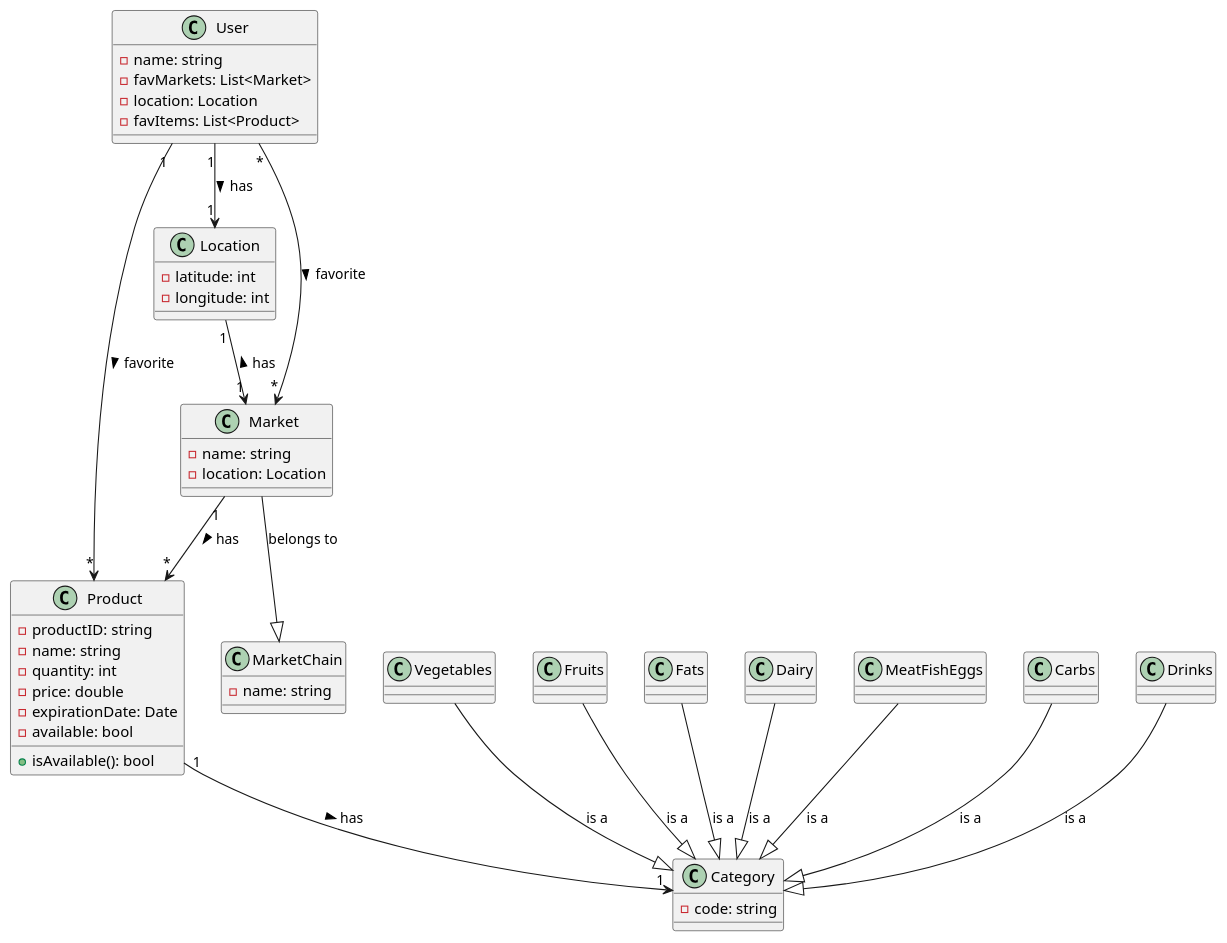
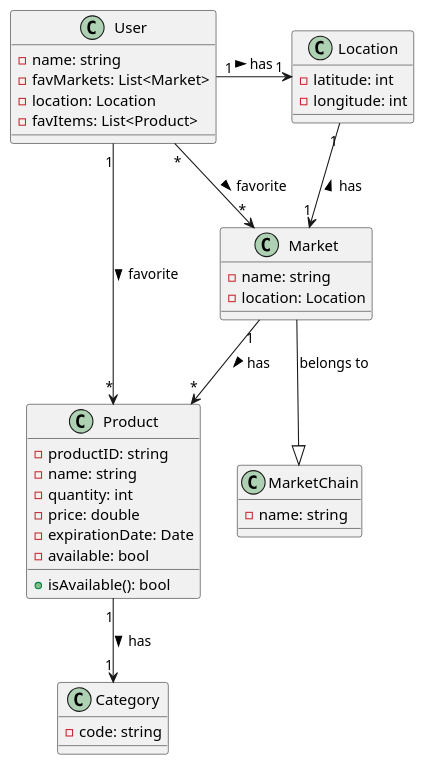
Before and after one commit to leonor-f/FoodRescueApp: the diagram in docs/DomainModel.puml, drawn with PlantUML.

```diff
--- a/docs/DomainModel.puml
+++ b/docs/DomainModel.puml
@@ -1,56 +1,49 @@
 @startuml
 
 class User {
     -name: string
     -favMarkets: List<Market>
     -location: Location
     -favItems: List<Product>
 }
 
 class Product {
     -productID: string
     -name: string
     -quantity: int
     -price: double
     -expirationDate: Date
     -available: bool
     +isAvailable(): bool
 }
 
 class Category {
     -code: string
 }
 
 class Location {
     -latitude: int
     -longitude: int
 }
 
 class Market {
     -name: string
     -location: Location
 }
 
 class MarketChain {
     -name: string
 }
 
 User "1" --> "*" Product: favorite >
-User "1" --> "1" Location: has >
+User "1" -> "1" Location: has >
 User "*" --> "*" Market: favorite >
 Location "1" --> "1" Market: has <
 Market "1" --> "*" Product: has >
 Product "1" --> "1" Category: has >
-Vegetables --|> Category: is a
-Fruits --|> Category: is a
-Fats --|> Category: is a
-Dairy --|> Category: is a
-MeatFishEggs --|> Category: is a
-Carbs --|> Category: is a
-Drinks --|> Category: is a
 Market --|> MarketChain: belongs to
 
 ' ...>
 ' ..|> : implements
 
 @enduml
```
